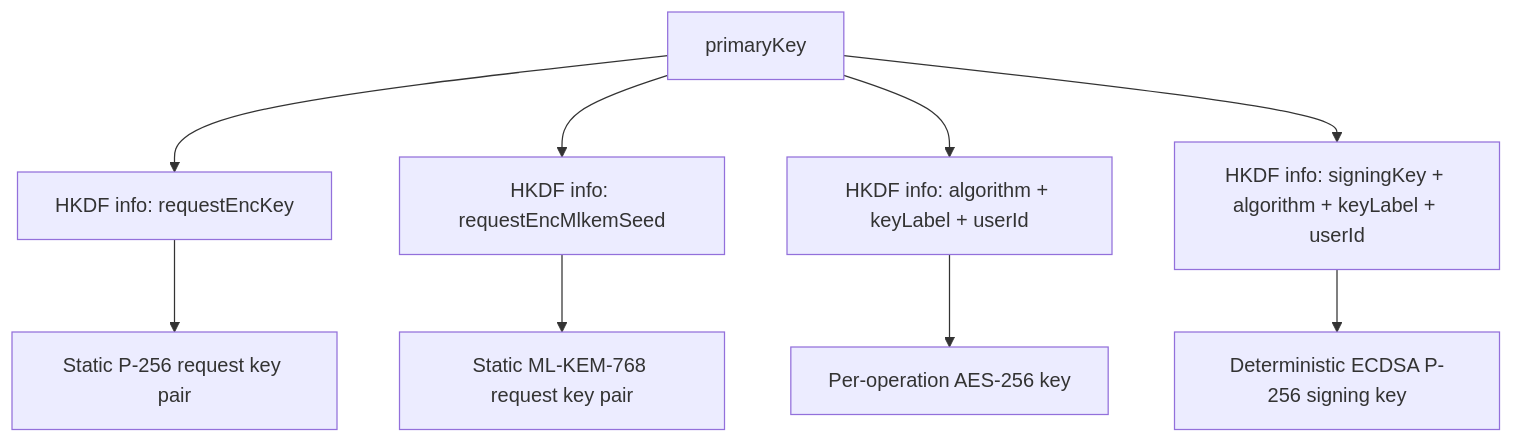
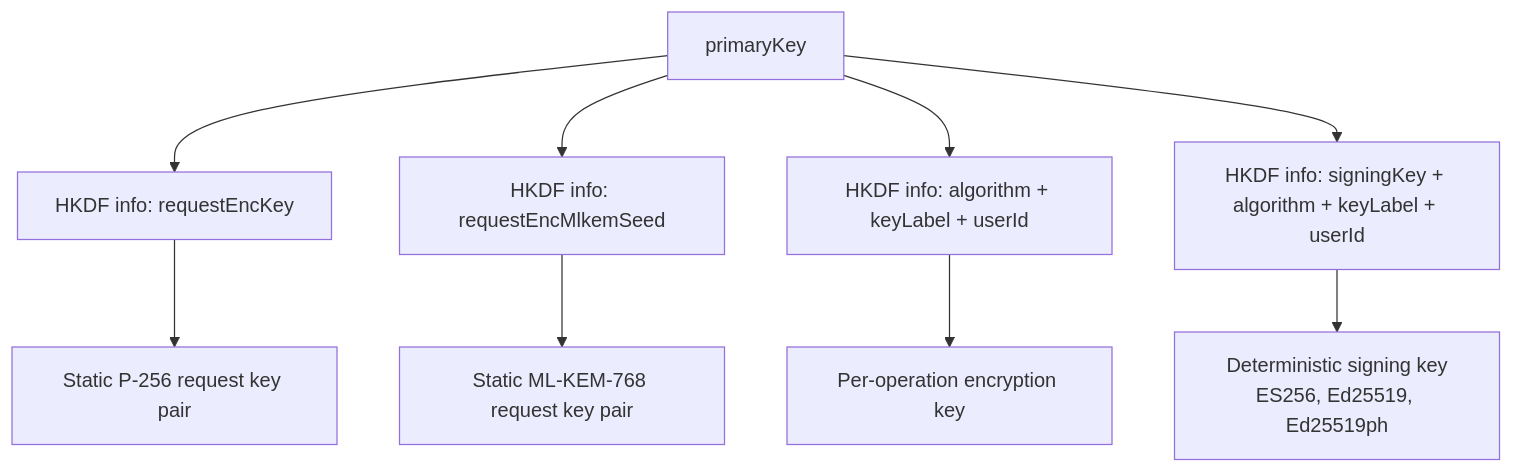
One commit to ItalyPaleAle/revaulter changed the third of 9 diagrams in docs/content/docs/crypto-architecture.md. Above: the diagram before and after it, drawn with Mermaid. The commit also changed other lines of this file, not shown here.

First line of the commit message:
Update crypto-architecture

````diff
--- a/docs/content/docs/crypto-architecture.md
+++ b/docs/content/docs/crypto-architecture.md
@@ -256,11 +277,11 @@
 ```mermaid
 flowchart TD
     PK[primaryKey] --> HK1[HKDF info: requestEncKey]
     PK --> HK2[HKDF info: requestEncMlkemSeed]
     PK --> HK3[HKDF info: algorithm + keyLabel + userId]
     PK --> HK4[HKDF info: signingKey + algorithm + keyLabel + userId]
     HK1 --> ECDH[Static P-256 request key pair]
     HK2 --> MLKEM[Static ML-KEM-768 request key pair]
-    HK3 --> OP[Per-operation AES-256 key]
-    HK4 --> SIG[Deterministic ECDSA P-256 signing key]
+    HK3 --> OP[Per-operation encryption key]
+    HK4 --> SIG[Deterministic signing key<br/>ES256, Ed25519, Ed25519ph]
 ```
````
